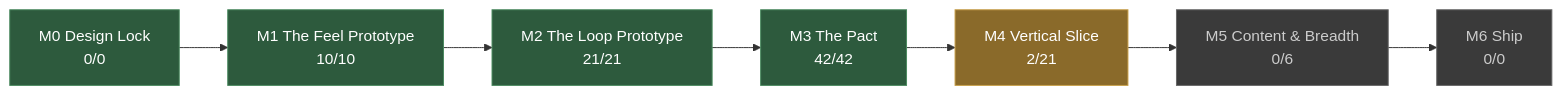
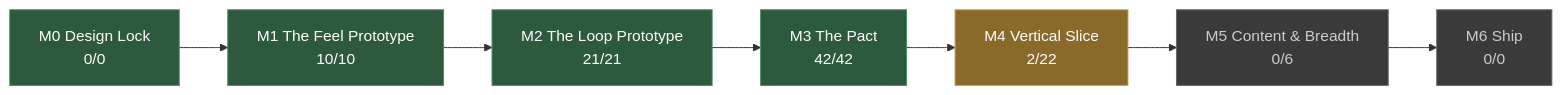
Before and after one commit to JoshuaGessner/she: the diagram in docs/STATUS.md, drawn with Mermaid. The commit also changed other lines of this file and 22 other files, not shown here.

````diff
--- a/docs/STATUS.md
+++ b/docs/STATUS.md
@@ -13,19 +13,19 @@
 ```mermaid
 flowchart LR
   M0["M0 Design Lock<br/>0/0"]:::passed
   M1["M1 The Feel Prototype<br/>10/10"]:::passed
   M0 --> M1
   M2["M2 The Loop Prototype<br/>21/21"]:::passed
   M1 --> M2
   M3["M3 The Pact<br/>42/42"]:::passed
   M2 --> M3
-  M4["M4 Vertical Slice<br/>2/21"]:::current
+  M4["M4 Vertical Slice<br/>2/22"]:::current
   M3 --> M4
   M5["M5 Content & Breadth<br/>0/6"]:::ahead
   M4 --> M5
   M6["M6 Ship<br/>0/0"]:::ahead
   M5 --> M6
   classDef passed fill:#2d5a3d,stroke:#4a8a5f,color:#fff
   classDef current fill:#8a6a2a,stroke:#c8a04a,color:#fff
   classDef ahead fill:#3a3a3a,stroke:#666,color:#ccc
 ```
````
